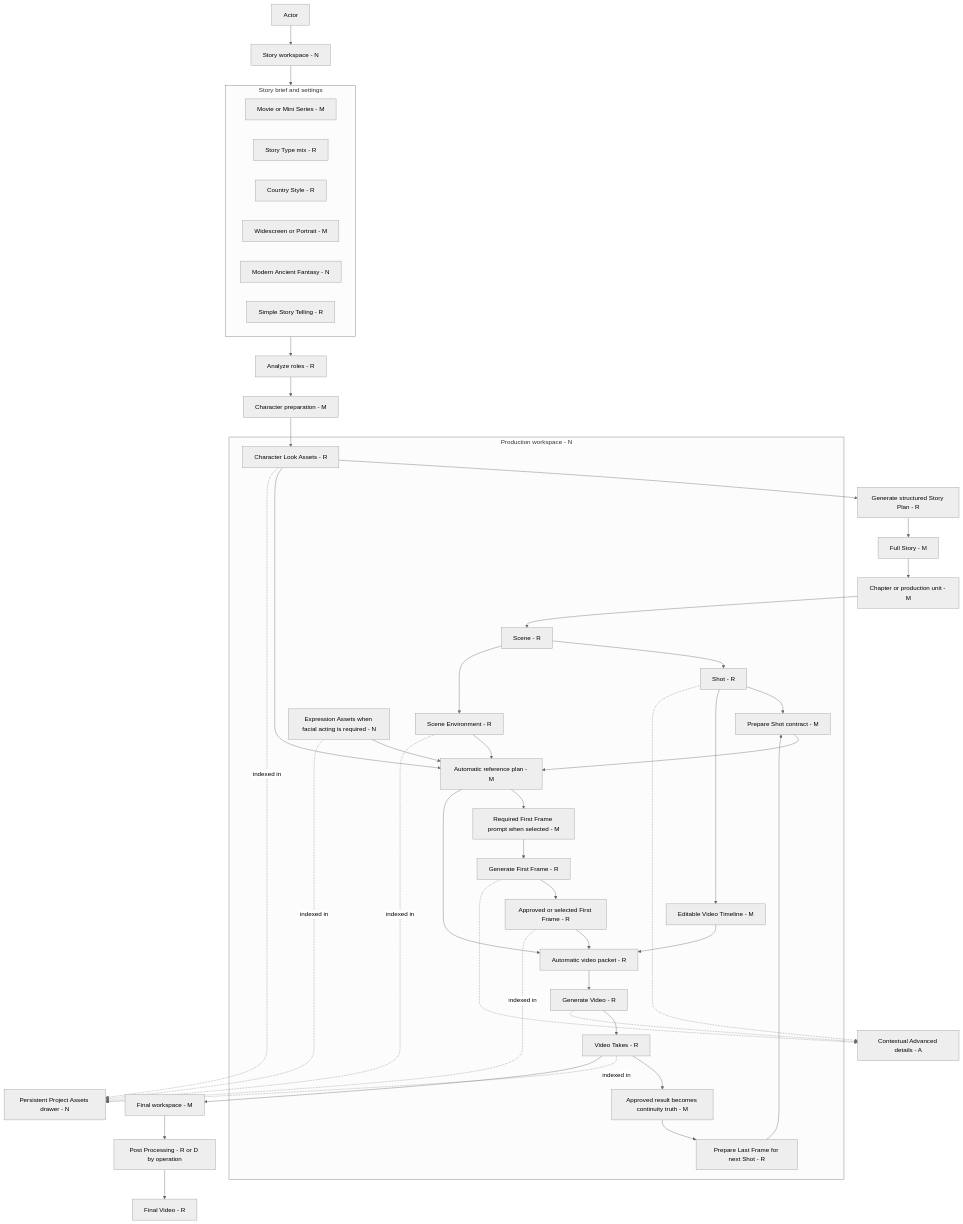
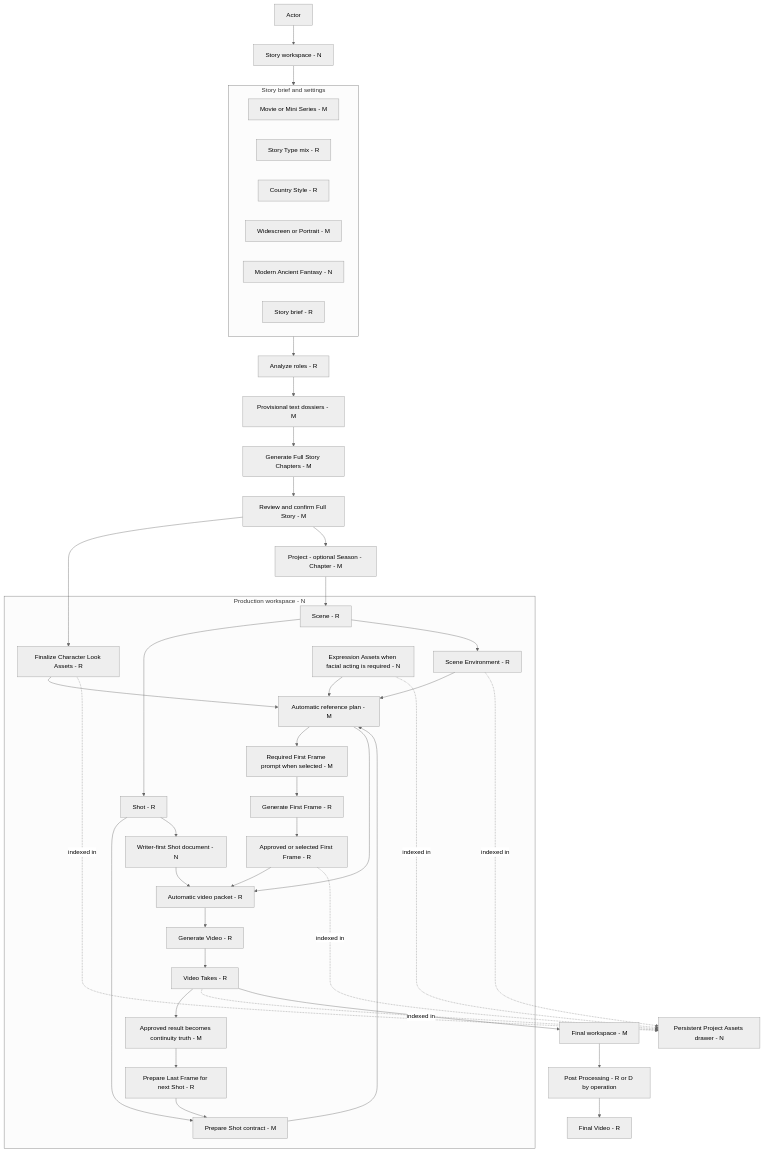
The diagram in requirements/016-cinematic-studio/Rewamp/001-cinematic-studio-rewamp-structure-and-drawio-mapping.md (magicxeon/PromptForge), drawn with Mermaid (neutral theme) before and after one commit. The commit also changed other lines of this file and 234 other files, not shown here.

````diff
--- a/requirements/016-cinematic-studio/Rewamp/001-cinematic-studio-rewamp-structure-and-drawio-mapping.md
+++ b/requirements/016-cinematic-studio/Rewamp/001-cinematic-studio-rewamp-structure-and-drawio-mapping.md
@@ -405,60 +423,56 @@
 ```mermaid
 flowchart TD
   U[Actor]
   U --> S[Story workspace - N]
 
   subgraph S1[Story brief and settings]
     F[Movie or Mini Series - M]
     G[Story Type mix - R]
     C[Country Style - R]
     O[Widescreen or Portrait - M]
     P[Modern Ancient Fantasy - N]
-    B[Simple Story Telling - R]
+    B[Story brief - R]
   end
 
   S --> S1
   S1 --> AR[Analyze roles - R]
-  AR --> CA[Character preparation - M]
-  CA --> CL[Character Look Assets - R]
-  CL --> GP[Generate structured Story Plan - R]
-  GP --> FS[Full Story - M]
-  FS --> CH[Chapter or production unit - M]
+  AR --> CA[Provisional text dossiers - M]
+  CA --> GP[Generate Full Story Chapters - M]
+  GP --> FS[Review and confirm Full Story - M]
+  FS --> CL[Finalize Character Look Assets - R]
+  FS --> CH[Project - optional Season - Chapter - M]
   CH --> SC[Scene - R]
   SC --> SH[Shot - R]
 
   subgraph PW[Production workspace - N]
     SC --> ENV[Scene Environment - R]
     SH --> PS[Prepare Shot contract - M]
     CL --> RP[Automatic reference plan - M]
     EX[Expression Assets when facial acting is required - N] --> RP
     ENV --> RP
     PS --> RP
     RP --> FFP[Required First Frame prompt when selected - M]
     FFP --> FF[Generate First Frame - R]
     FF --> VF[Approved or selected First Frame - R]
-    SH --> VD[Editable Video Timeline - M]
+    SH --> VD[Writer-first Shot document - N]
     VF --> VP[Automatic video packet - R]
     VD --> VP
     RP --> VP
     VP --> VG[Generate Video - R]
     VG --> TK[Video Takes - R]
     TK --> CT[Approved result becomes continuity truth - M]
     CT --> LF[Prepare Last Frame for next Shot - R]
     LF --> PS
   end
 
   PAD[Persistent Project Assets drawer - N]
   CL -. indexed in .-> PAD
   EX -. indexed in .-> PAD
   ENV -. indexed in .-> PAD
   VF -. indexed in .-> PAD
   TK -. indexed in .-> PAD
 
   TK --> FIN[Final workspace - M]
   FIN --> PP[Post Processing - R or D by operation]
   PP --> OUT[Final Video - R]
-
-  SH -.-> ADV[Contextual Advanced details - A]
-  FF -.-> ADV
-  VG -.-> ADV
 ```
````
